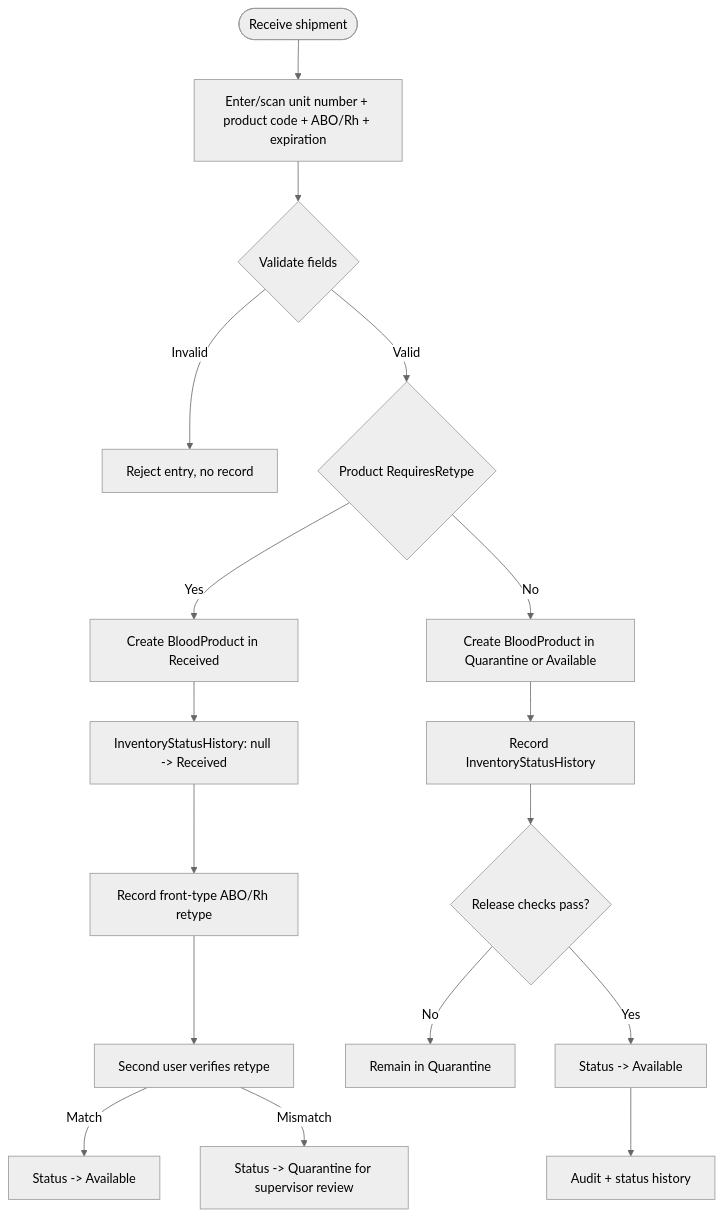
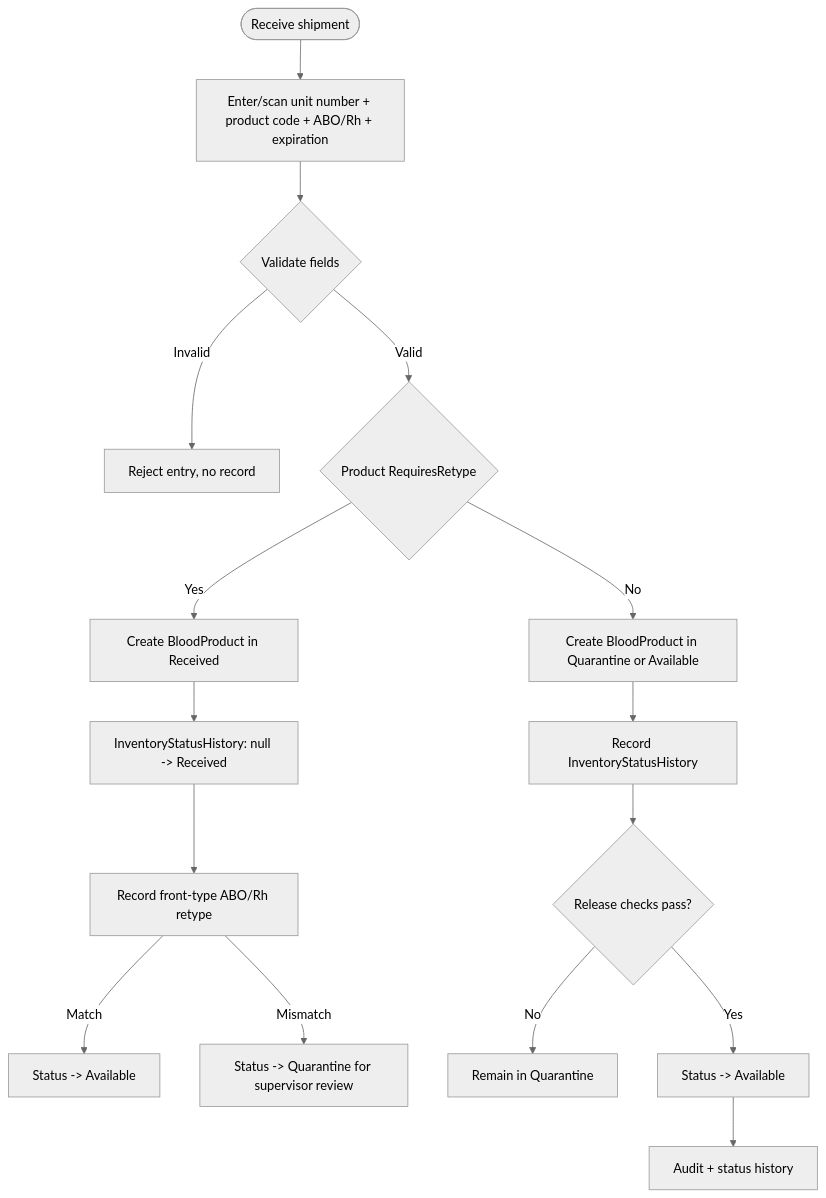
Before and after one commit to drpitts13/greyhound-blood-bank-system: the first of 11 diagrams in docs/workflows.md, drawn with Mermaid (neutral theme). The commit also changed other lines of this file and 149 other files, not shown here.

````diff
--- a/docs/workflows.md
+++ b/docs/workflows.md
@@ -11,19 +11,18 @@
 ```mermaid
 flowchart TD
     a([Receive shipment]) --> b[Enter/scan unit number + product code + ABO/Rh + expiration]
     b --> c{Validate fields}
     c -->|Invalid| r[Reject entry, no record]
     c -->|Valid| flag{Product RequiresRetype}
     flag -->|Yes| rec[Create BloodProduct in Received]
     rec --> histR[InventoryStatusHistory: null -> Received]
     histR --> retype[Record front-type ABO/Rh retype]
-    retype --> verify[Second user verifies retype]
-    verify -->|Match| avail[Status -> Available]
-    verify -->|Mismatch| q2[Status -> Quarantine for supervisor review]
+    retype -->|Match| avail[Status -> Available]
+    retype -->|Mismatch| q2[Status -> Quarantine for supervisor review]
     flag -->|No| d[Create BloodProduct in Quarantine or Available]
     d --> e[Record InventoryStatusHistory]
     e --> f{Release checks pass?}
     f -->|No| q[Remain in Quarantine]
     f -->|Yes| g[Status -> Available]
     g --> h[Audit + status history]
 ```
````
